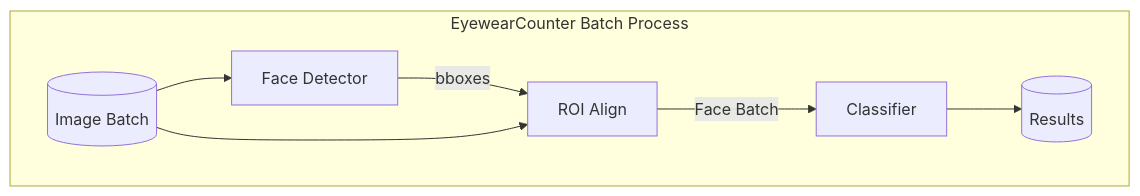
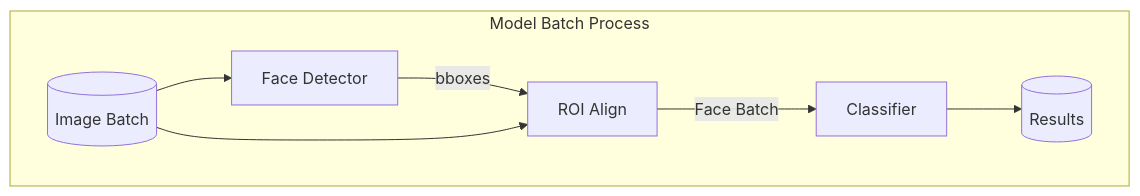
Before and after one commit to qksolov/eyewear-counter: the first of 2 diagrams in README.md, drawn with Mermaid. The commit also changed other lines of this file, not shown here.

````diff
--- a/README.md
+++ b/README.md
@@ -16,10 +16,10 @@
 ```mermaid
 flowchart TB
-    subgraph "EyewearCounter Batch Process"
+    subgraph "Model Batch Process"
         direction LR
         InputBatch[(Image Batch)] --> FaceDetector
         FaceDetector["Face Detector"] -->|"bboxes"| ROIOperation
         InputBatch --> ROIOperation
         ROIOperation["ROI Align"] -->|Face Batch|Classifier-->Results[(Results)]
     end
 ```
````
